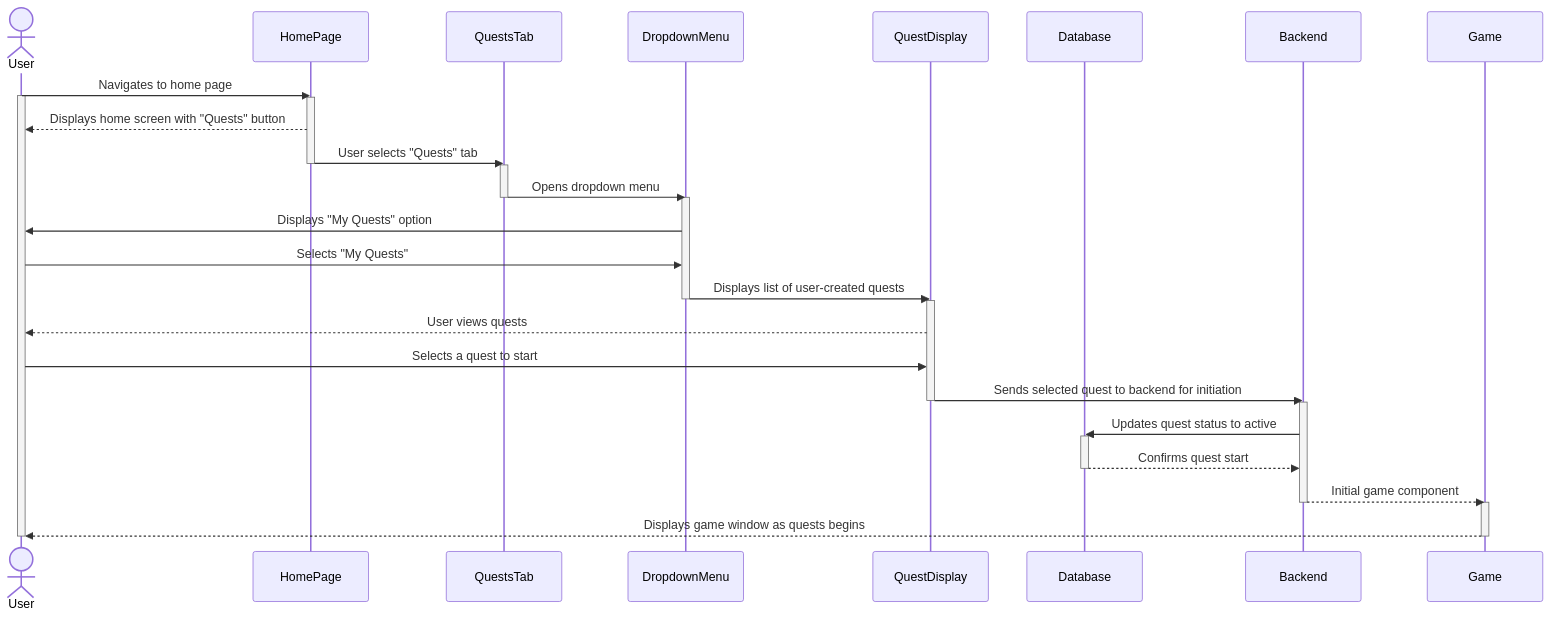
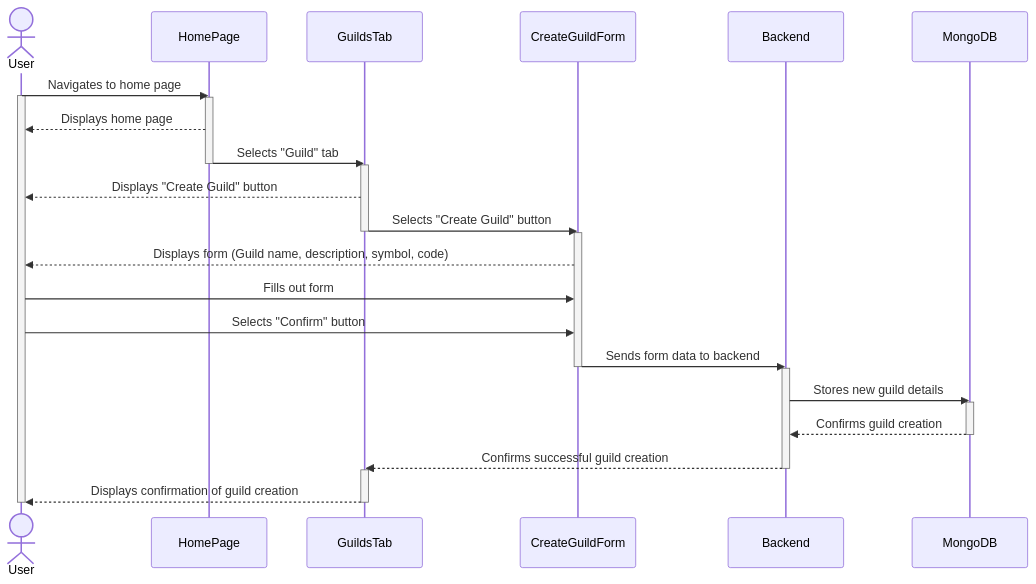
The eighth of 12 diagrams in documentation/docs/system-architecture/sequence-diagrams.md (capstone-projects-2024-fall/devs-and-dragons), drawn with Mermaid before and after one commit. The commit also changed other lines of this file, not shown here.

Commit message:
revert to original sequence diagrams

````diff
--- a/documentation/docs/system-architecture/sequence-diagrams.md
+++ b/documentation/docs/system-architecture/sequence-diagrams.md
@@ -239,47 +375,36 @@
 ```mermaid
 sequenceDiagram
     actor User
     participant HomePage
-    participant QuestsTab
-    participant DropdownMenu
-    participant QuestDisplay
-    participant Database
+    participant GuildsTab
+    participant CreateGuildForm
     participant Backend
-    participant Game
-
+    participant Database as MongoDB
     User->>HomePage: Navigates to home page
     activate User
     activate HomePage
-    HomePage-->>User: Displays home screen with "Quests" button
-    HomePage->>QuestsTab: User selects "Quests" tab
+    HomePage-->>User: Displays home page
+    HomePage->>GuildsTab: Selects "Guild" tab
     deactivate HomePage
-    
-
-    activate QuestsTab
-    QuestsTab->>DropdownMenu: Opens dropdown menu
-    activate DropdownMenu
-    deactivate QuestsTab
-    DropdownMenu->>User: Displays "My Quests" option
-    User->>DropdownMenu: Selects "My Quests"
-    DropdownMenu->>QuestDisplay: Displays list of user-created quests
-    deactivate DropdownMenu
-
-    activate QuestDisplay
-    QuestDisplay-->>User: User views quests
-    User->>QuestDisplay: Selects a quest to start
-    QuestDisplay->>Backend: Sends selected quest to backend for initiation
-    deactivate QuestDisplay
-
+    activate GuildsTab
+    GuildsTab-->>User: Displays "Create Guild" button
+    GuildsTab->>CreateGuildForm: Selects "Create Guild" button
+    deactivate GuildsTab
+    activate CreateGuildForm
+    CreateGuildForm-->>User: Displays form (Guild name, description, symbol, code)
+    User->>CreateGuildForm: Fills out form
+    User->>CreateGuildForm: Selects "Confirm" button
+    CreateGuildForm->>Backend: Sends form data to backend
+    deactivate CreateGuildForm
     activate Backend
-    Backend->>Database: Updates quest status to active
+    Backend->>Database: Stores new guild details
     activate Database
-    Database-->>Backend: Confirms quest start
+    Database-->>Backend: Confirms guild creation
     deactivate Database
-    Backend-->>Game: Initial game component
-    activate Game
+    Backend-->>GuildsTab: Confirms successful guild creation
     deactivate Backend
-
-    Game-->>User: Displays game window as quests begins
+    activate GuildsTab
+    GuildsTab-->>User: Displays confirmation of guild creation
     deactivate User
-    deactivate Game
+    deactivate GuildsTab
 ```
````
